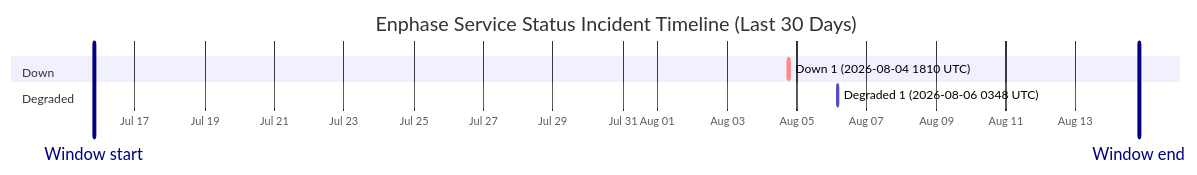
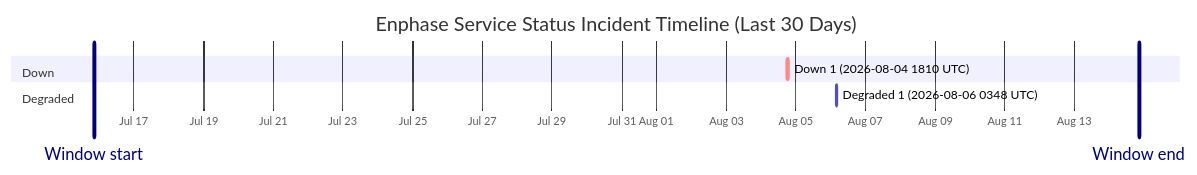
Before and after one commit to barneyonline/ha-enphase-energy: the diagram in wiki/Service-Status-History.md, drawn with Mermaid. The commit also changed other lines of this file and 3 other files, not shown here.

````diff
--- a/wiki/Service-Status-History.md
+++ b/wiki/Service-Status-History.md
@@ -14,12 +14,12 @@
 ```mermaid
 gantt
     title Enphase Service Status Incident Timeline (Last 30 Days)
     dateFormat  YYYY-MM-DDTHH:mm:ss
     axisFormat  %b %d
-    Window start :vert, window-start, 2026-07-15T19:46:08, 0ms
-    Window end :vert, window-end, 2026-08-14T19:46:08, 0ms
+    Window start :vert, window-start, 2026-07-15T20:28:38, 0ms
+    Window end :vert, window-end, 2026-08-14T20:28:38, 0ms
     section Down
     Down 1 (2026-08-04 1810 UTC) :crit, down-1, 2026-08-04T18:10:46, 60m
     section Degraded
     Degraded 1 (2026-08-06 0348 UTC) :active, degraded-1, 2026-08-06T03:48:14, 60m
 ```
````
